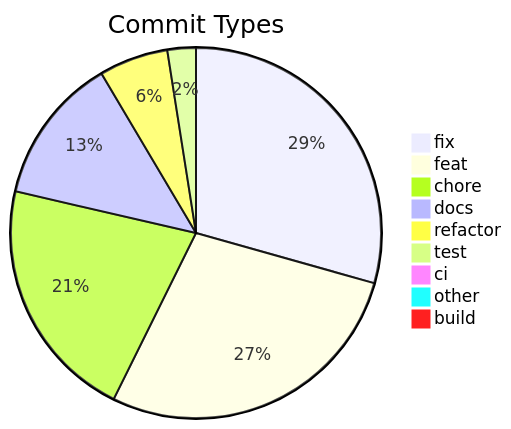
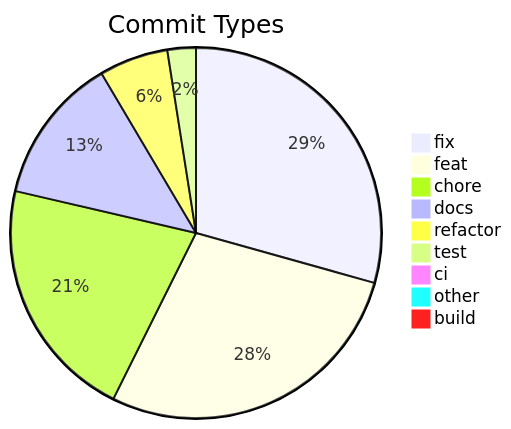
The diagram in .shipwright/compliance/change-history.md (svenroth-ai/shipwright), drawn with Mermaid before and after one commit. The commit also changed other lines of this file and 21 other files, not shown here.

````diff
--- a/.shipwright/compliance/change-history.md
+++ b/.shipwright/compliance/change-history.md
@@ -8,12 +8,12 @@
 ```mermaid
 pie title Commit Types
     "fix" : 331
-    "feat" : 315
+    "feat" : 316
     "chore" : 240
     "docs" : 145
     "refactor" : 68
     "test" : 28
     "ci" : 11
     "other" : 9
     "build" : 1
 ```
````
